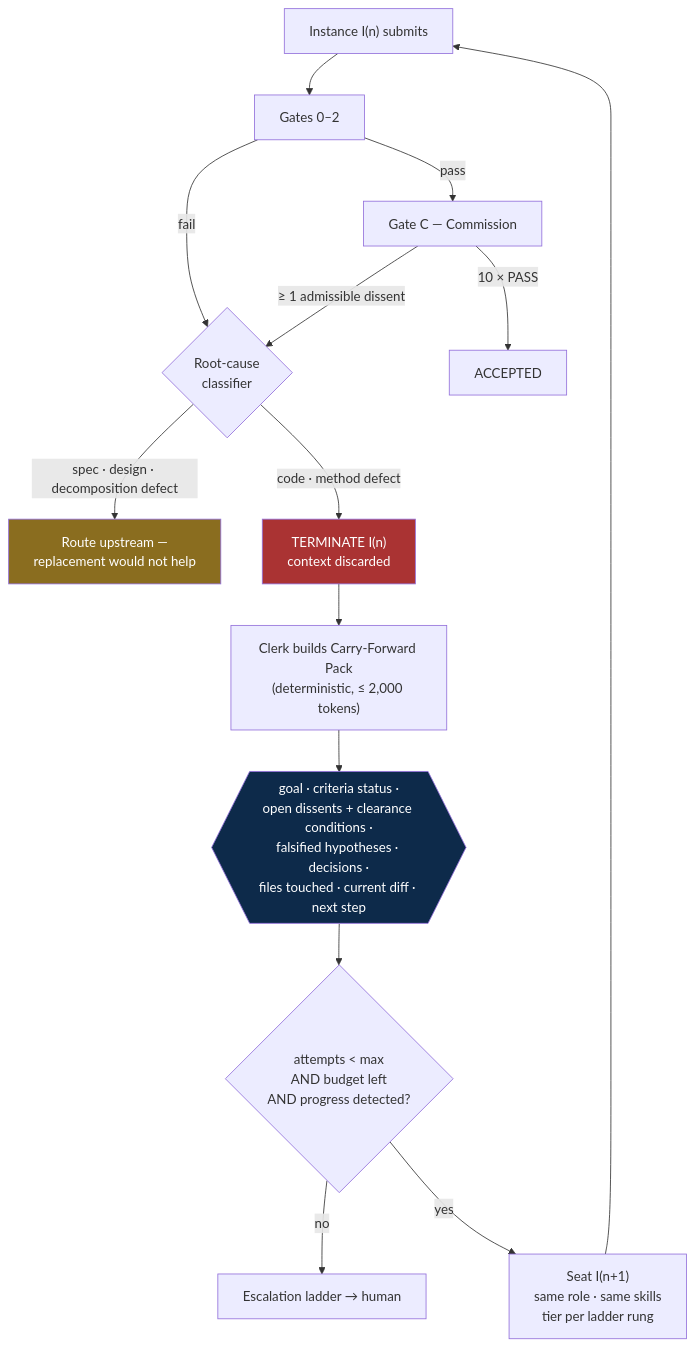
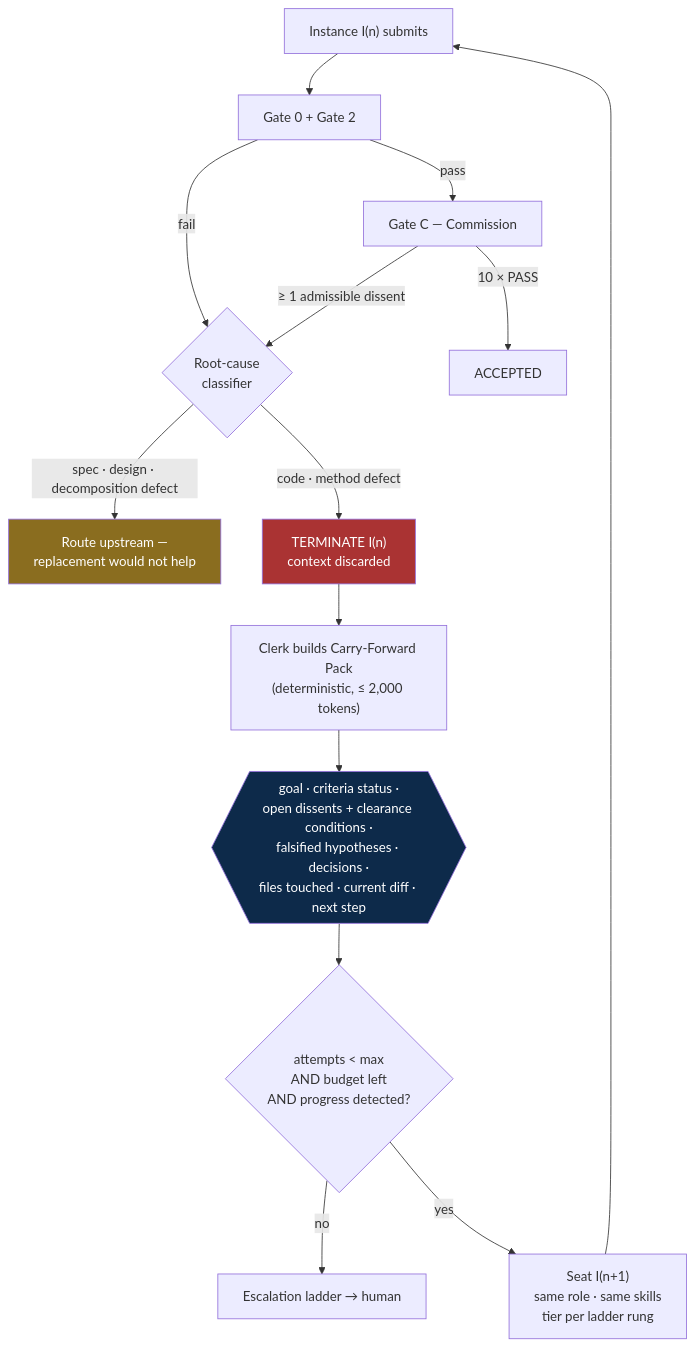
Before and after one commit to Kafloosi/Ai-agent-test: the second of 2 diagrams in docs/10-token-efficiency.md, drawn with Mermaid. The commit also changed other lines of this file and 9 other files, not shown here.

````diff
--- a/docs/10-token-efficiency.md
+++ b/docs/10-token-efficiency.md
@@ -153,22 +153,22 @@
 ```mermaid
 flowchart TB
-    SUB["Instance I(n) submits"] --> GATES["Gates 0–2"]
+    SUB["Instance I(n) submits"] --> GATES["Gate 0 + Gate 2"]
     GATES -- pass --> GC["Gate C — Commission"]
     GATES -- fail --> RC
     GC -- "10 × PASS" --> DONE["ACCEPTED"]
     GC -- "≥ 1 admissible dissent" --> RC{"Root-cause<br/>classifier"}
 
     RC -->|"spec · design · decomposition defect"| UP["Route upstream —<br/>replacement would not help"]
     RC -->|"code · method defect"| TERM["TERMINATE I(n)<br/>context discarded"]
 
     TERM --> CLERK["Clerk builds Carry-Forward Pack<br/>(deterministic, ≤ 2,000 tokens)"]
     CLERK --> CFP{{"goal · criteria status ·<br/>open dissents + clearance conditions ·<br/>falsified hypotheses · decisions ·<br/>files touched · current diff · next step"}}
     CFP --> GUARD{"attempts &lt; max<br/>AND budget left<br/>AND progress detected?"}
     GUARD -- no --> ESC["Escalation ladder → human"]
     GUARD -- yes --> SEAT["Seat I(n+1)<br/>same role · same skills<br/>tier per ladder rung"]
     SEAT --> SUB
 
     style TERM fill:#a33,color:#fff
     style CFP fill:#0d2a4a,color:#fff
     style UP fill:#8a6d1f,color:#fff
 ```
````
